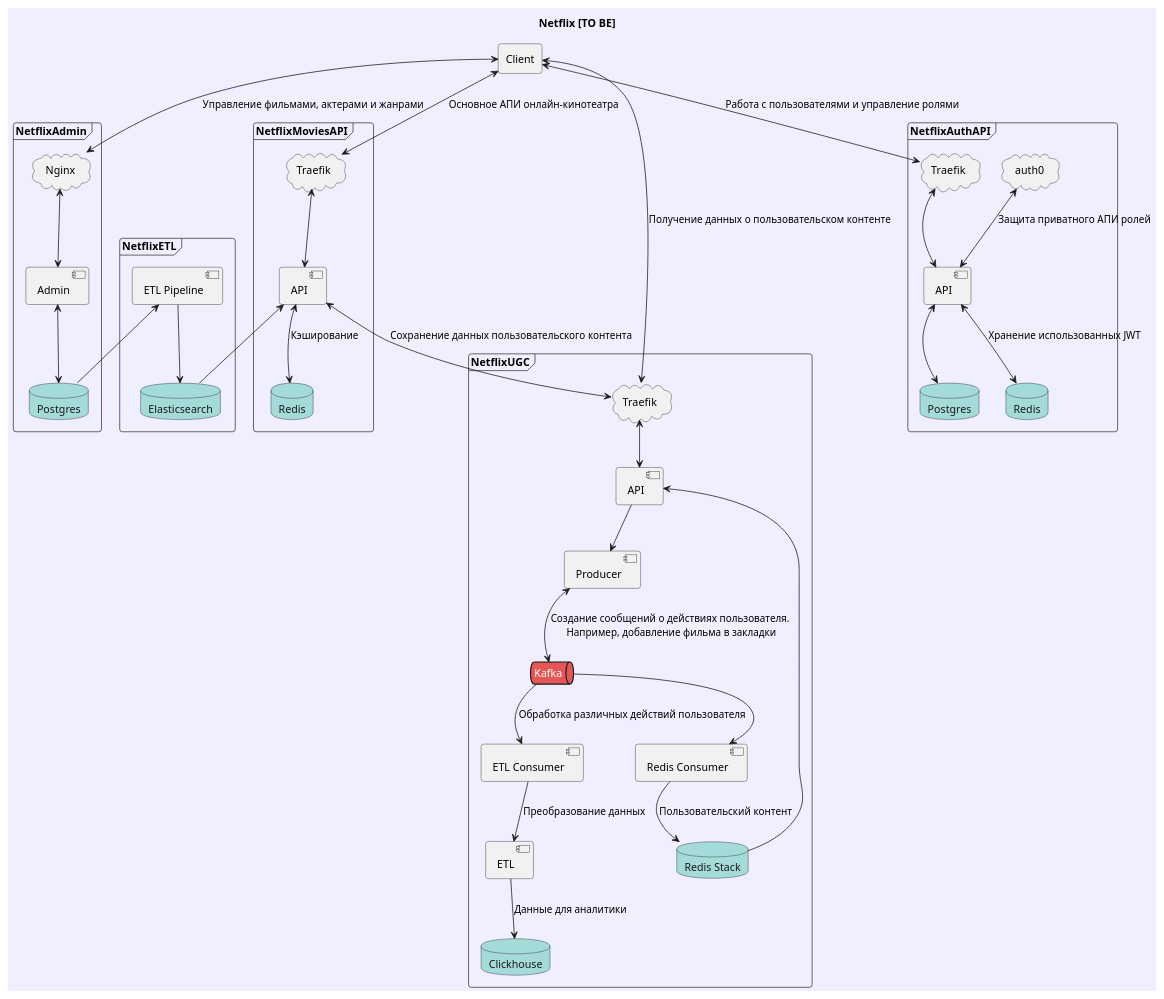
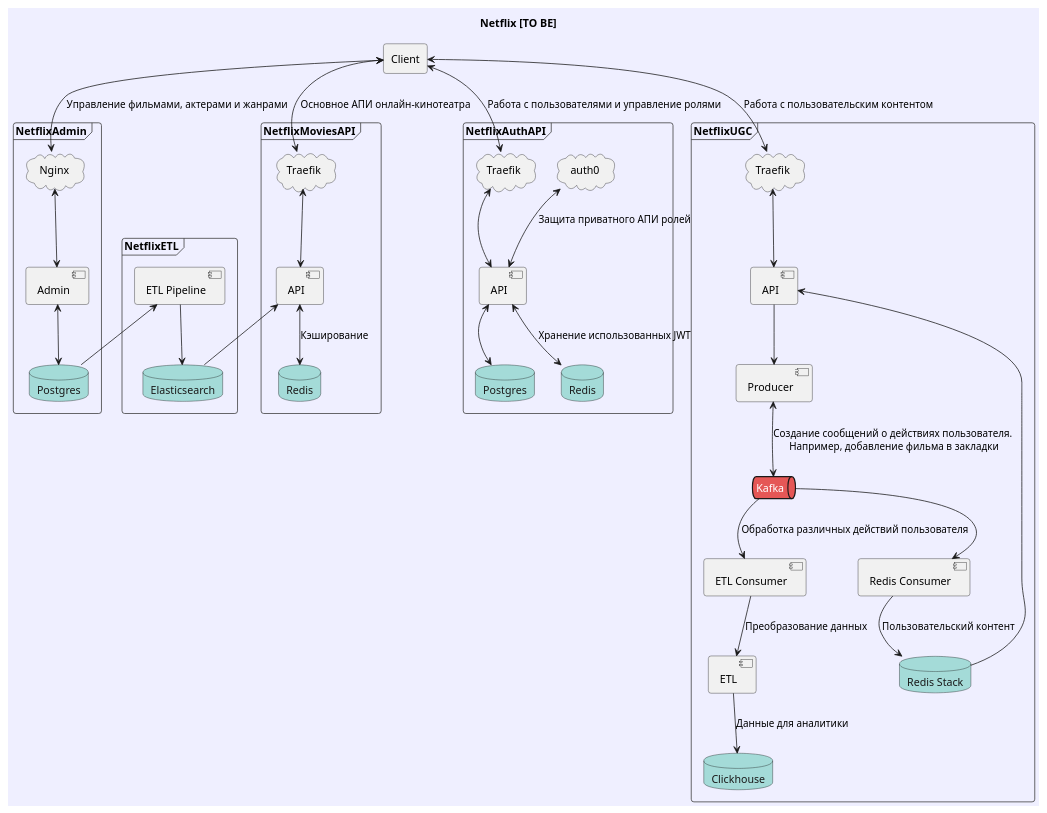
One commit to ReznikovRoman/ugc-demo changed the diagram in docs/diagrams/to_be.puml. Above: the diagram before and after it, drawn with PlantUML. The commit also changed 1 other file, not shown here.

Commit message:
docs: change `to_be` uml diagram

```diff
--- a/docs/diagrams/to_be.puml
+++ b/docs/diagrams/to_be.puml
@@ -1,78 +1,77 @@
 @startuml
 !theme mars
 skinparam componentStyle uml2
 skinparam defaultFontName Segoe UI
 skinparam backgroundColor motivation
 
 title Netflix [TO BE]
 
 agent "Client" as base_client
 
 frame NetflixAdmin {
     cloud "Nginx" as nginx_admin
     component "Admin" as admin_admin
     database "Postgres" as postgres_admin
 
     nginx_admin <-down-> admin_admin
     admin_admin <-down-> postgres_admin
 }
 
 frame NetflixETL {
     database "Elasticsearch" as elasticsearch_etl
     component "ETL Pipeline" as etl_pipeline
 
     etl_pipeline <-down- postgres_admin
     etl_pipeline -down-> elasticsearch_etl
 }
 
 frame NetflixMoviesAPI {
     cloud "Traefik" as traefik_movies
     component "API" as api_movies
     database "Redis" as redis_movies
 
     api_movies <-up-> traefik_movies
     api_movies <-down- elasticsearch_etl
     api_movies <-down-> redis_movies: "Кэширование"
 }
 
 frame NetflixAuthAPI {
     cloud "Traefik" as traefik_auth
     cloud "auth0" as auth0_auth
     component "API" as api_auth
     database "Postgres" as postgres_auth
     database "Redis" as redis_auth
 
     api_auth <-up-> traefik_auth
     api_auth <-up-> auth0_auth: "Защита приватного АПИ ролей"
     api_auth <-down-> postgres_auth
     api_auth <-down-> redis_auth: "Хранение использованных JWT"
 }
 
 frame NetflixUGC {
     cloud "Traefik" as traefik_ugc
     component "API" as api_ugc
     component "ETL Consumer" as consumer_ugc_etl
     component "Redis Consumer" as consumer_ugc_redis
     component "Producer" as producer_ugc
     component "ETL" as etl_ugc
     queue "Kafka" as kafka_ugc
     database "Redis Stack" as redis_stack_ugc
     database "Clickhouse" as clickhouse_ugc
 
     api_ugc <-up-> traefik_ugc
     api_ugc <-down- redis_stack_ugc
     api_ugc -down-> producer_ugc
     producer_ugc <-down-> kafka_ugc: "Создание сообщений о действиях пользователя. \nНапример, добавление фильма в закладки"
     kafka_ugc -down-> consumer_ugc_redis
     consumer_ugc_redis -down-> redis_stack_ugc: "Пользовательский контент"
     kafka_ugc -down-> consumer_ugc_etl: "Обработка различных действий пользователя"
     consumer_ugc_etl -down-> etl_ugc: "Преобразование данных"
     etl_ugc -down-> clickhouse_ugc: "Данные для аналитики"
 }
 
 base_client <-down-> nginx_admin: "Управление фильмами, актерами и жанрами"
 base_client <-down-> traefik_movies: "Основное АПИ онлайн-кинотеатра"
-api_movies <-down-> traefik_ugc: "Сохранение данных пользовательского контента"
 base_client <-down-> traefik_auth: "Работа с пользователями и управление ролями"
-base_client <-down-> traefik_ugc: "Получение данных о пользовательском контенте"
+base_client <-down-> traefik_ugc: "Работа с пользовательским контентом"
 @enduml
```
